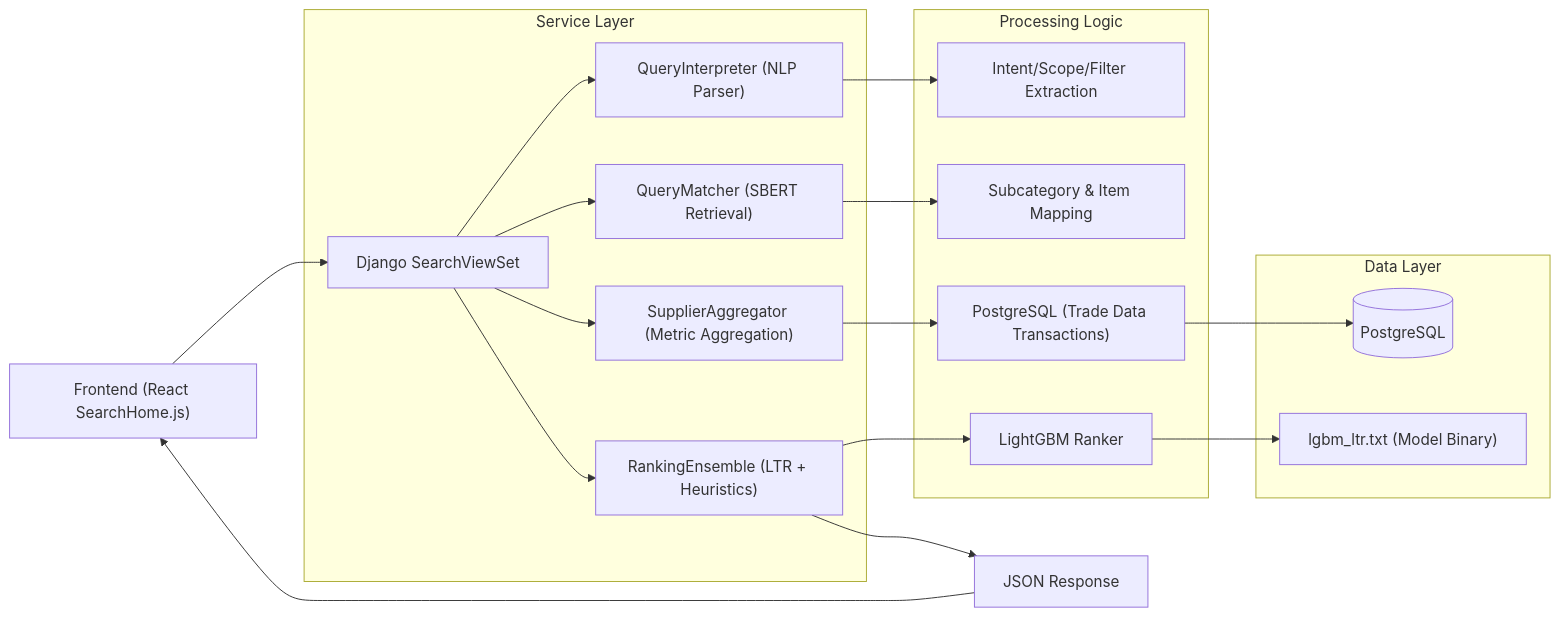
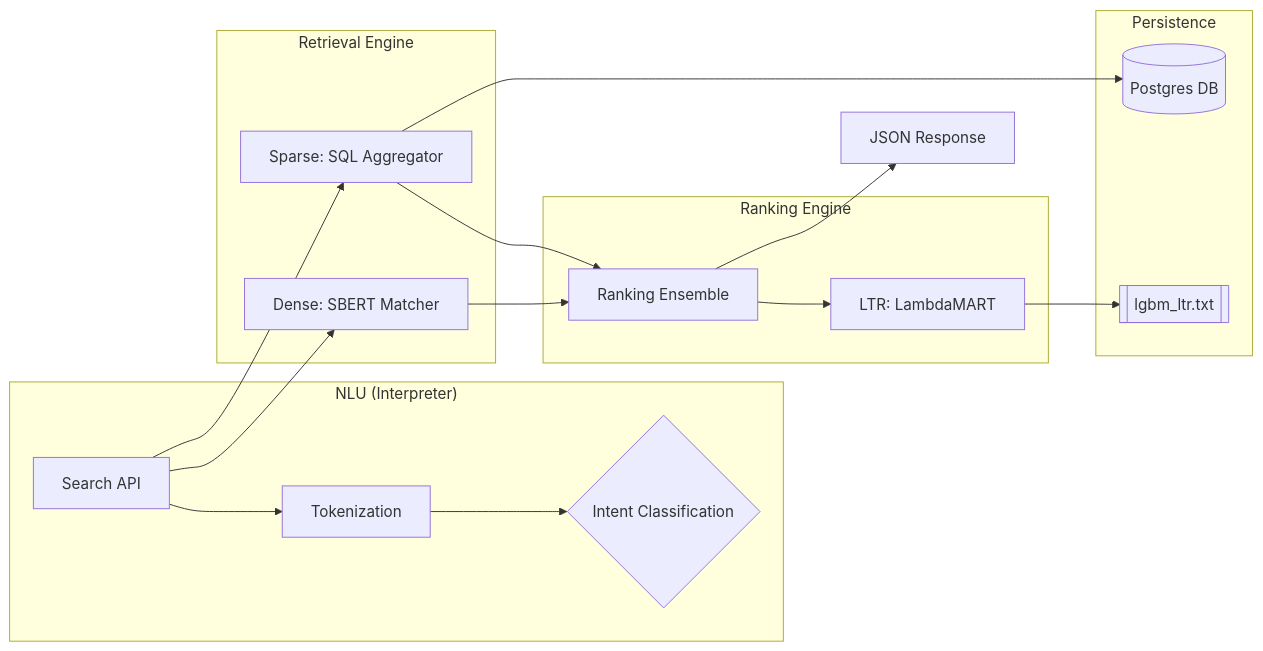
Before and after one commit to umarkashif21/ZaraiLink: the first of 4 diagrams in details.md, drawn with Mermaid. The commit also changed other lines of this file and 28 other files, not shown here.

````diff
--- a/details.md
+++ b/details.md
@@ -9,26 +7,24 @@
 ```mermaid
 graph LR
-    UI["Frontend (React SearchHome.js)"] --> API["Django SearchViewSet"]
-    
-    subgraph "Service Layer"
-        API --> Parser["QueryInterpreter (NLP Parser)"]
-        API --> Retrieval["QueryMatcher (SBERT Retrieval)"]
-        API --> Aggregator["SupplierAggregator (Metric Aggregation)"]
-        API --> Ranker["RankingEnsemble (LTR + Heuristics)"]
+    subgraph "NLU (Interpreter)"
+        API[Search API] --> Parser[Tokenization]
+        Parser --> Intent{Intent Classification}
+    end
+
+    subgraph "Retrieval Engine"
+        API --> Dense[Dense: SBERT Matcher]
+        API --> Sparse[Sparse: SQL Aggregator]
+    end
+
+    subgraph "Ranking Engine"
+        Dense & Sparse --> Ranker[Ranking Ensemble]
+        Ranker --> LTR[LTR: LambdaMART]
     end
     
-    subgraph "Processing Logic"
-        Parser --> Intent["Intent/Scope/Filter Extraction"]
-        Retrieval --> VectorMatch["Subcategory & Item Mapping"]
-        Aggregator --> DBQuery["PostgreSQL (Trade Data Transactions)"]
-        Ranker --> LTR["LightGBM Ranker"]
-    end
-    
-    subgraph "Data Layer"
-        DBQuery --> PGDB[("PostgreSQL")]
-        LTR --> ModelFile["lgbm_ltr.txt (Model Binary)"]
+    subgraph "Persistence"
+        Sparse --> DB[("Postgres DB")]
+        LTR --> ModelFile[[lgbm_ltr.txt]]
     end
 
-    Response["JSON Response"] --> UI
-    Ranker --> Response
+    Ranker --> UI[JSON Response]
 ```
````
